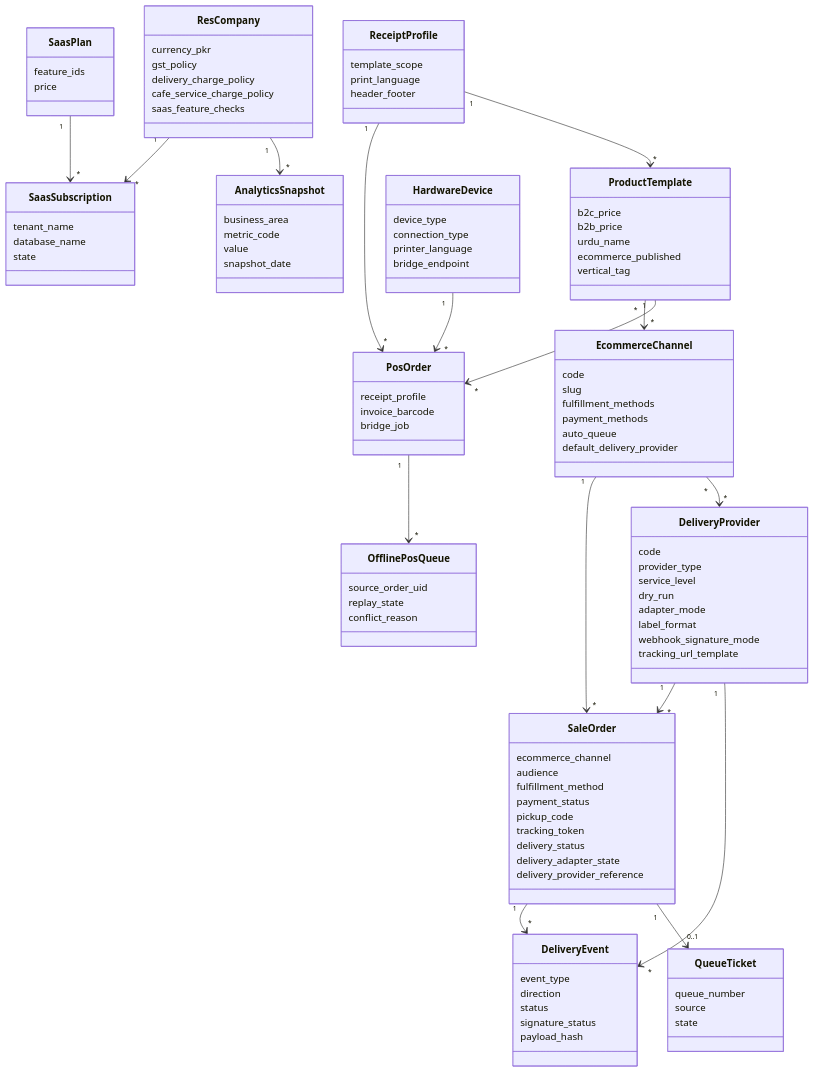
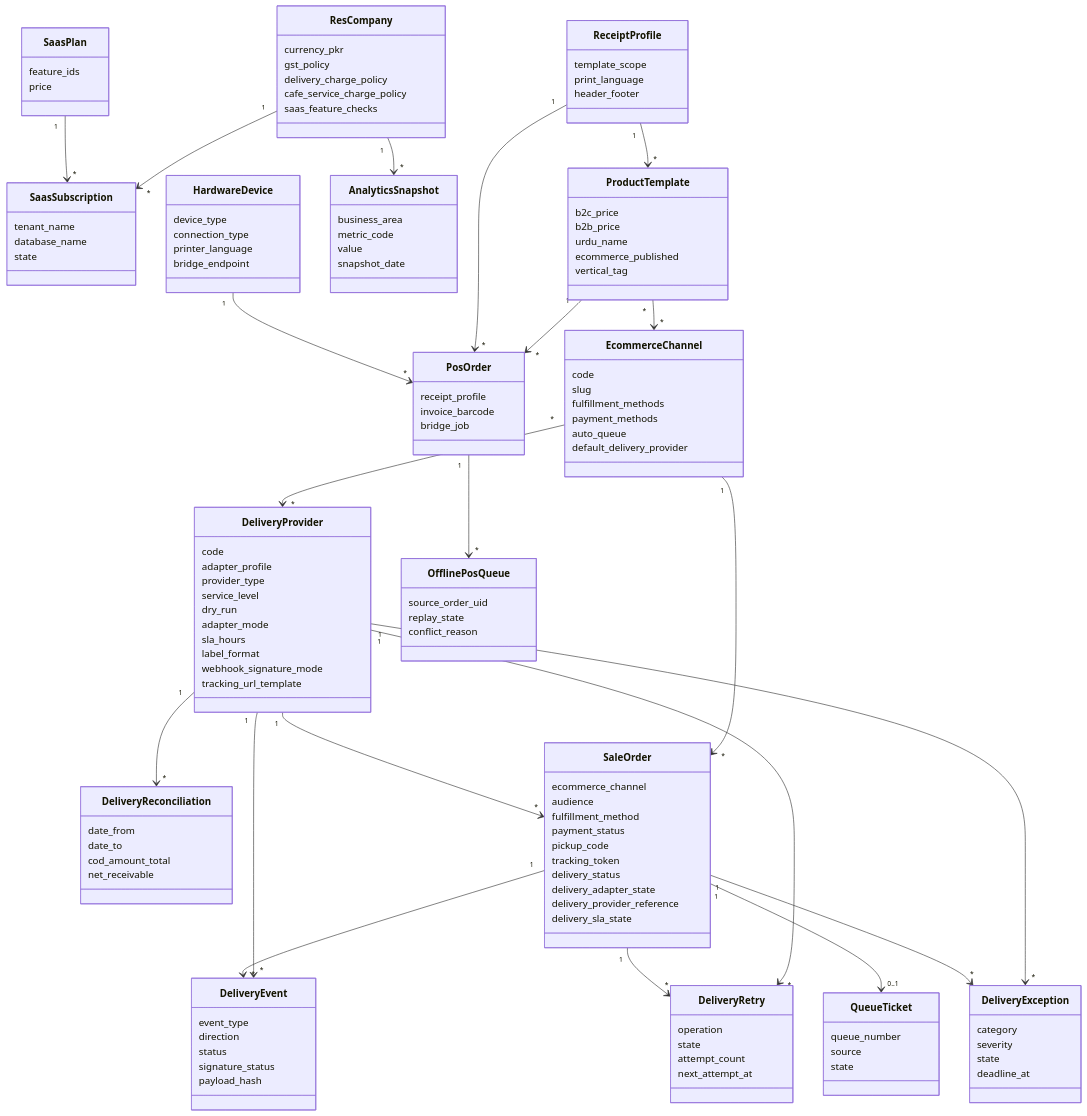
Before and after one commit to adeelarshad414/tijara-suite: the sixth of 14 diagrams in docs/DIAGRAMS.md, drawn with Mermaid. The commit also changed other lines of this file and 38 other files, not shown here.

```diff
--- a/docs/DIAGRAMS.md
+++ b/docs/DIAGRAMS.md
@@ -257,13 +257,33 @@
     }
     class DeliveryProvider {
         code
+        adapter_profile
         provider_type
         service_level
         dry_run
         adapter_mode
+        sla_hours
         label_format
         webhook_signature_mode
         tracking_url_template
+    }
+    class DeliveryRetry {
+        operation
+        state
+        attempt_count
+        next_attempt_at
+    }
+    class DeliveryException {
+        category
+        severity
+        state
+        deadline_at
+    }
+    class DeliveryReconciliation {
+        date_from
+        date_to
+        cod_amount_total
+        net_receivable
     }
     class DeliveryEvent {
         event_type
@@ -282,6 +302,7 @@
         delivery_status
         delivery_adapter_state
         delivery_provider_reference
+        delivery_sla_state
     }
     class QueueTicket {
         queue_number
@@ -321,7 +342,12 @@
     EcommerceChannel "1" --> "*" SaleOrder
     DeliveryProvider "1" --> "*" SaleOrder
     DeliveryProvider "1" --> "*" DeliveryEvent
+    DeliveryProvider "1" --> "*" DeliveryRetry
+    DeliveryProvider "1" --> "*" DeliveryException
+    DeliveryProvider "1" --> "*" DeliveryReconciliation
     SaleOrder "1" --> "*" DeliveryEvent
+    SaleOrder "1" --> "*" DeliveryRetry
+    SaleOrder "1" --> "*" DeliveryException
     EcommerceChannel "*" --> "*" DeliveryProvider
     ProductTemplate "*" --> "*" EcommerceChannel
     SaleOrder "1" --> "0..1" QueueTicket
```
